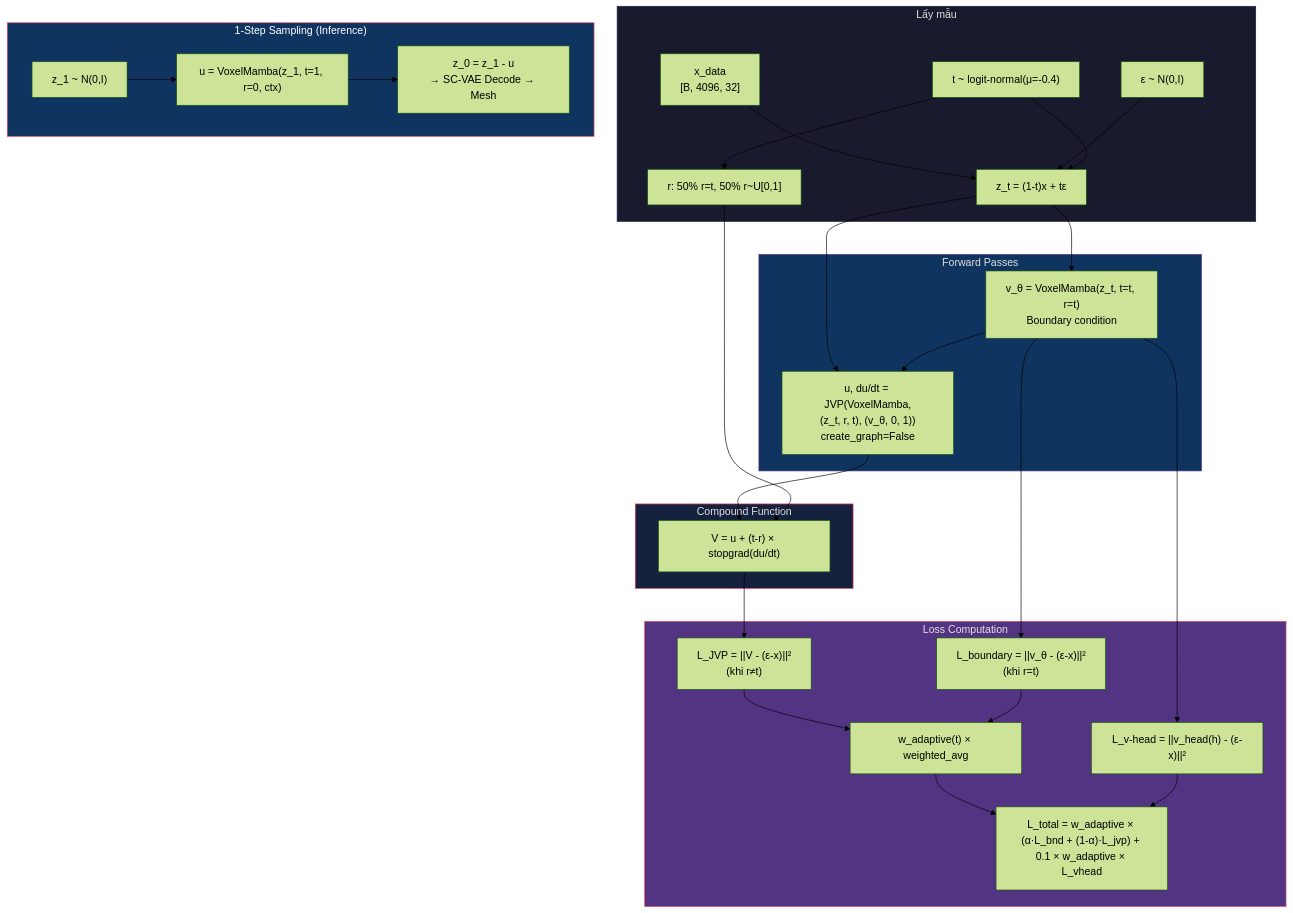
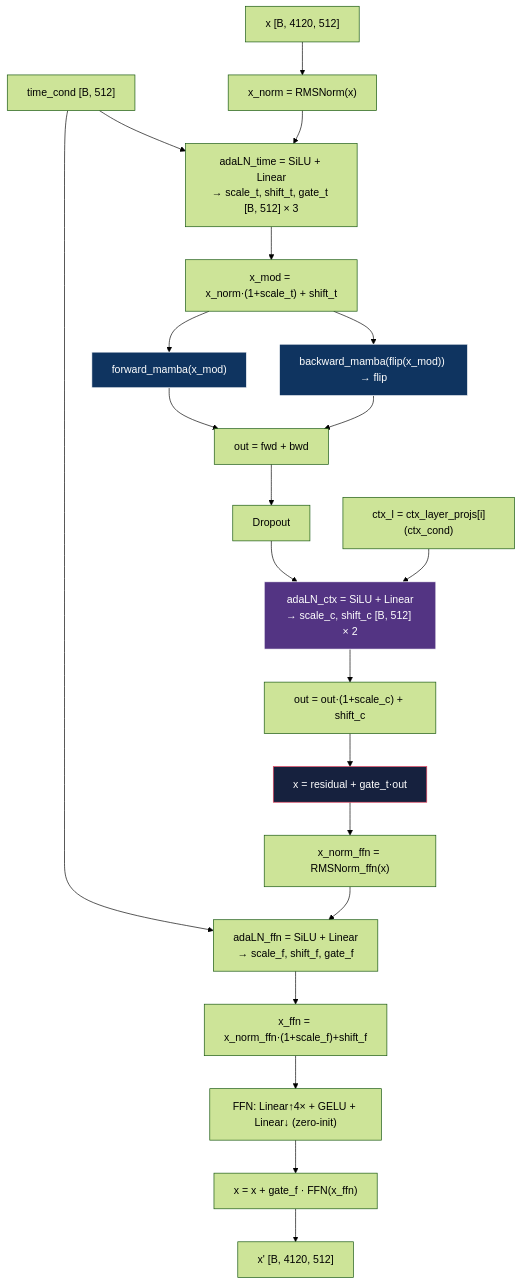
One commit to HoangNguyennnnnnn/DATN changed the second of 2 diagrams in Bao_cao_FaceDiff_ChiTiet.md. Above: the diagram before and after it, drawn with Mermaid (forest theme). The commit also changed other lines of this file, not shown here.

First line of the commit message:
docs: update FaceDiff report with VoxelMamba v7 details and training status

````diff
--- a/Bao_cao_FaceDiff_ChiTiet.md
+++ b/Bao_cao_FaceDiff_ChiTiet.md
@@ -745,41 +751,30 @@
 ```mermaid
 graph TD
-    subgraph SAMPLING["Lấy mẫu"]
-        X["x_data<br/>[B, 4096, 32]"] --> INTERP
-        E["ε ~ N(0,I)"] --> INTERP
-        TS["t ~ logit-normal(μ=-0.4)"] --> INTERP["z_t = (1-t)x + tε"]
-        TS --> R_SAMPLE["r: 50% r=t, 50% r~U[0,1]"]
-    end
+    X["x [B, 4120, 512]"] --> NORM1["x_norm = RMSNorm(x)"]
+    TC["time_cond [B, 512]"] --> AT["adaLN_time = SiLU + Linear<br/>→ scale_t, shift_t, gate_t [B, 512] × 3"]
+    NORM1 --> AT
+    AT --> MOD["x_mod = x_norm·(1+scale_t) + shift_t"]
+    MOD --> FWD["forward_mamba(x_mod)"]
+    MOD --> BWD["backward_mamba(flip(x_mod)) → flip"]
+    FWD --> SUM["out = fwd + bwd"]
+    BWD --> SUM
+    SUM --> DROP["Dropout"]
+    DROP --> AC["adaLN_ctx = SiLU + Linear<br/>→ scale_c, shift_c [B, 512] × 2"]
+    CL["ctx_l = ctx_layer_projs[i](ctx_cond)"] --> AC
+    AC --> CMOD["out = out·(1+scale_c) + shift_c"]
+    CMOD --> GATE1["x = residual + gate_t·out"]
 
-    subgraph FORWARD["Forward Passes"]
-        INTERP --> V_PASS["v_θ = VoxelMamba(z_t, t=t, r=t)<br/>Boundary condition"]
-        INTERP --> JVP_PASS["u, du/dt = JVP(VoxelMamba,<br/>(z_t, r, t), (v_θ, 0, 1))<br/>create_graph=False"]
-        V_PASS --> JVP_PASS
-    end
+    GATE1 --> NORM2["x_norm_ffn = RMSNorm_ffn(x)"]
+    AF["adaLN_ffn = SiLU + Linear<br/>→ scale_f, shift_f, gate_f"]
+    TC --> AF
+    NORM2 --> AF
+    AF --> FFNMOD["x_ffn = x_norm_ffn·(1+scale_f)+shift_f"]
+    FFNMOD --> FFN["FFN: Linear↑4× + GELU + Linear↓ (zero-init)"]
+    FFN --> GATE2["x = x + gate_f · FFN(x_ffn)"]
+    GATE2 --> OUT["x' [B, 4120, 512]"]
 
-    subgraph COMPOUND["Compound Function"]
-        JVP_PASS --> V_COMPOUND["V = u + (t-r) × stopgrad(du/dt)"]
-        R_SAMPLE --> V_COMPOUND
-    end
-
-    subgraph LOSS["Loss Computation"]
-        V_COMPOUND --> LOSS_JVP["L_JVP = ||V - (ε-x)||²<br/>(khi r≠t)"]
-        V_PASS --> LOSS_BND["L_boundary = ||v_θ - (ε-x)||²<br/>(khi r=t)"]
-        LOSS_JVP --> ADAPTIVE["w_adaptive(t) × weighted_avg"]
-        LOSS_BND --> ADAPTIVE
-        V_PASS --> LOSS_VHEAD["L_v-head = ||v_head(h) - (ε-x)||²"]
-        ADAPTIVE --> TOTAL["L_total = w_adaptive × (α·L_bnd + (1-α)·L_jvp) + 0.1 × w_adaptive × L_vhead"]
-        LOSS_VHEAD --> TOTAL
-    end
-
-    subgraph INFERENCE["1-Step Sampling (Inference)"]
-        Z1["z_1 ~ N(0,I)"] --> UNET["u = VoxelMamba(z_1, t=1, r=0, ctx)"]
-        UNET --> Z0["z_0 = z_1 - u<br/>→ SC-VAE Decode → Mesh"]
-    end
-
-    style SAMPLING fill:#1a1a2e,stroke:#16213e,color:#e0e0e0
-    style FORWARD fill:#0f3460,stroke:#533483,color:#e0e0e0
-    style COMPOUND fill:#16213e,stroke:#e94560,color:#e0e0e0
-    style LOSS fill:#533483,stroke:#e94560,color:#e0e0e0
-    style INFERENCE fill:#0f3460,stroke:#e94560,color:#ffffff
+    style FWD fill:#0f3460,stroke:#fff,color:#fff
+    style BWD fill:#0f3460,stroke:#fff,color:#fff
+    style AC fill:#533483,stroke:#fff,color:#fff
+    style GATE1 fill:#16213e,stroke:#e94560,color:#fff
 ```
````
